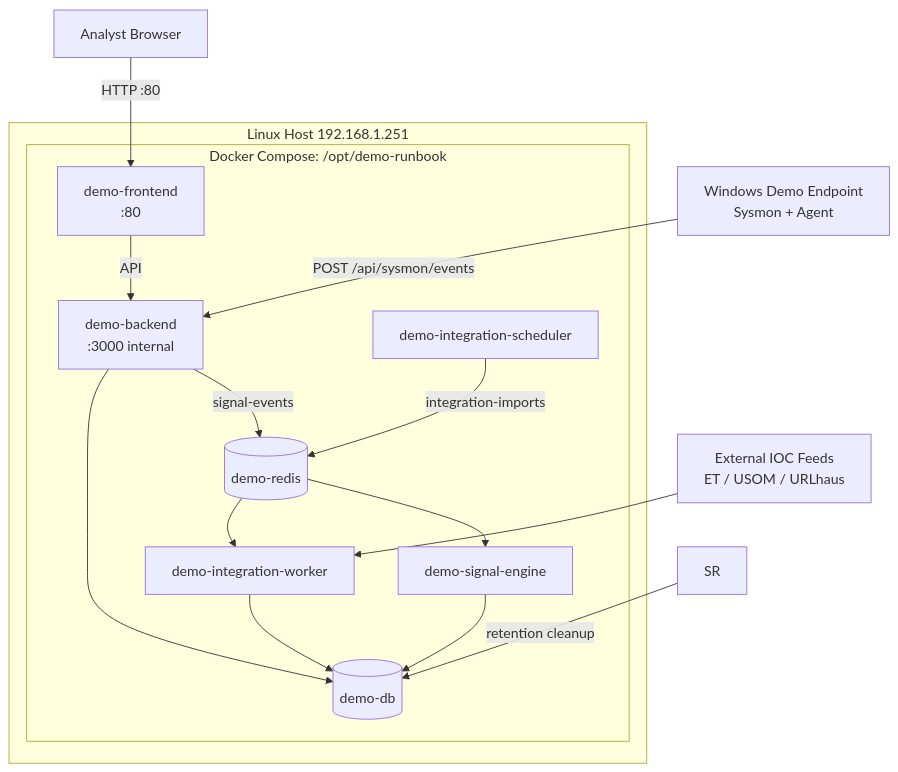
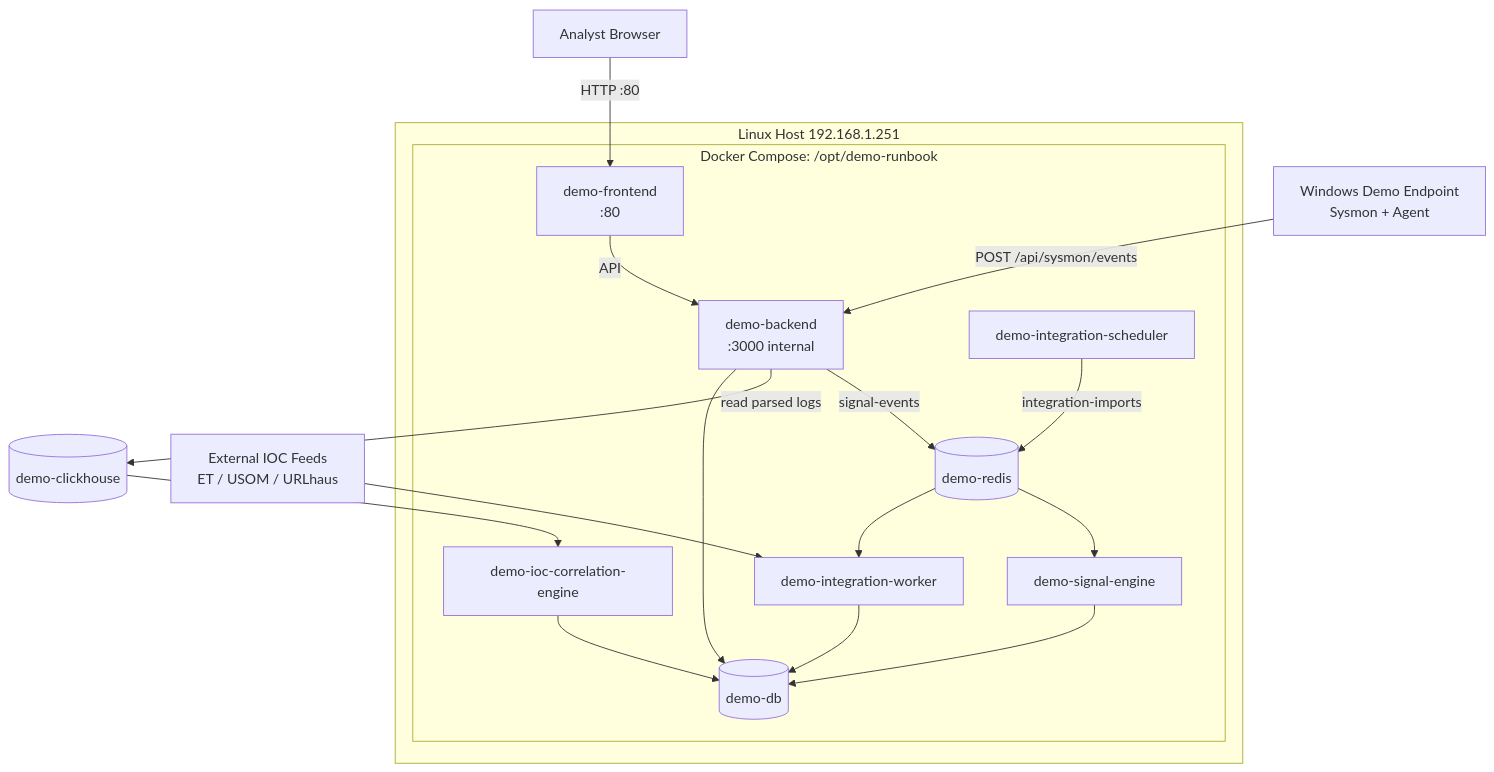
One commit to spatronn/TalonHound changed the second of 2 diagrams in docs/system-diagram.md. Above: the diagram before and after it, drawn with Mermaid. The commit also changed other lines of this file and 1 other file, not shown here.

Commit message:
docs(containers): document demo-ioc-correlation-engine responsibilities and ops

````diff
--- a/docs/system-diagram.md
+++ b/docs/system-diagram.md
@@ -35,33 +36,36 @@
 ```mermaid
 flowchart TB
     WIN[Windows Demo Endpoint\nSysmon + Agent]
     IOC[External IOC Feeds\nET / USOM / URLhaus]
 
     subgraph HOST[Linux Host 192.168.1.251]
       subgraph COMPOSE[Docker Compose: /opt/demo-runbook]
         FE[demo-frontend\n:80]
         BE[demo-backend\n:3000 internal]
         R[(demo-redis)]
         DB[(demo-db)]
         SE[demo-signal-engine]
+        ICE[demo-ioc-correlation-engine]
         IS[demo-integration-scheduler]
         IW[demo-integration-worker]
       end
     end
 
     USER[Analyst Browser] -->|HTTP :80| FE
     FE -->|API| BE
     WIN -->|POST /api/sysmon/events| BE
 
     BE -->|signal-events| R
     R --> SE
     SE --> DB
+    BE -->|read parsed logs| CH[(demo-clickhouse)]
+    CH --> ICE
+    ICE --> DB
 
     IS -->|integration-imports| R
     R --> IW
     IOC --> IW
     IW --> DB
 
-    SR -->|retention cleanup| DB
     BE --> DB
 ```
````
